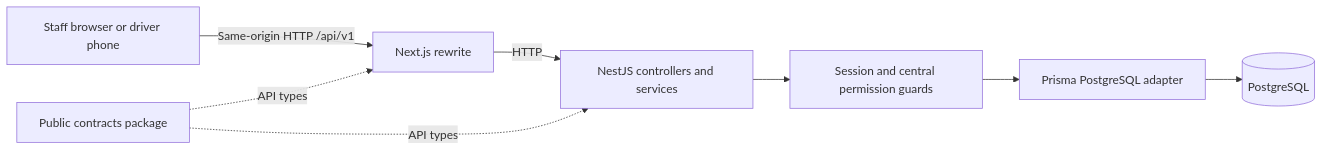
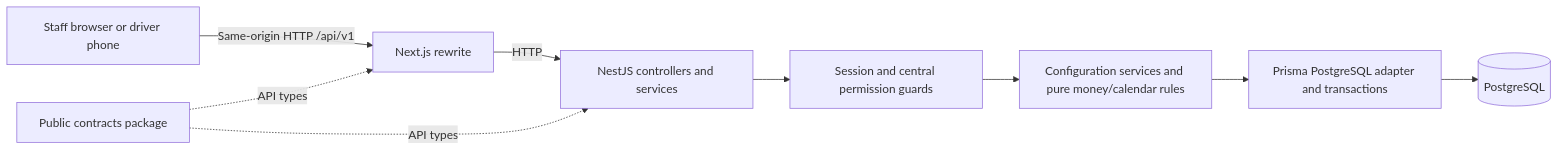
Before and after one commit to dishitabuilds/fernleaf-kitchen: the first of 2 diagrams in README.md, drawn with Mermaid. The commit also changed other lines of this file and 62 other files, not shown here.

````diff
--- a/README.md
+++ b/README.md
@@ -128,10 +133,11 @@
 ```mermaid
 flowchart LR
     Browser[Staff browser or driver phone] -->|Same-origin HTTP /api/v1| Web[Next.js rewrite]
     Web -->|HTTP| API[NestJS controllers and services]
     API --> Guards[Session and central permission guards]
-    Guards --> Prisma[Prisma PostgreSQL adapter]
+    Guards --> Rules[Configuration services and pure money/calendar rules]
+    Rules --> Prisma[Prisma PostgreSQL adapter and transactions]
     Prisma --> DB[(PostgreSQL)]
     Contracts[Public contracts package] -. API types .-> Web
     Contracts -. API types .-> API
 ```
````
